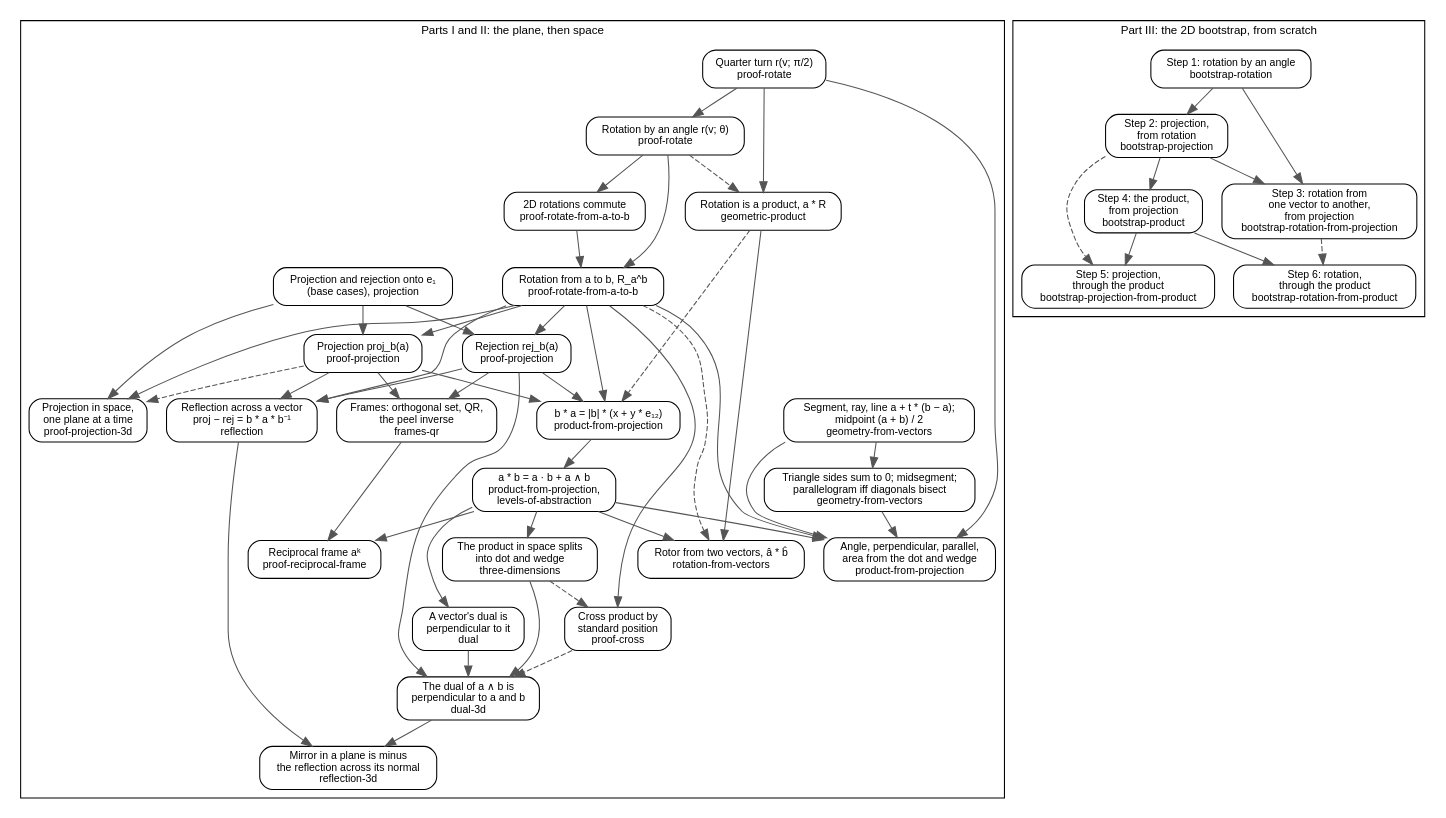
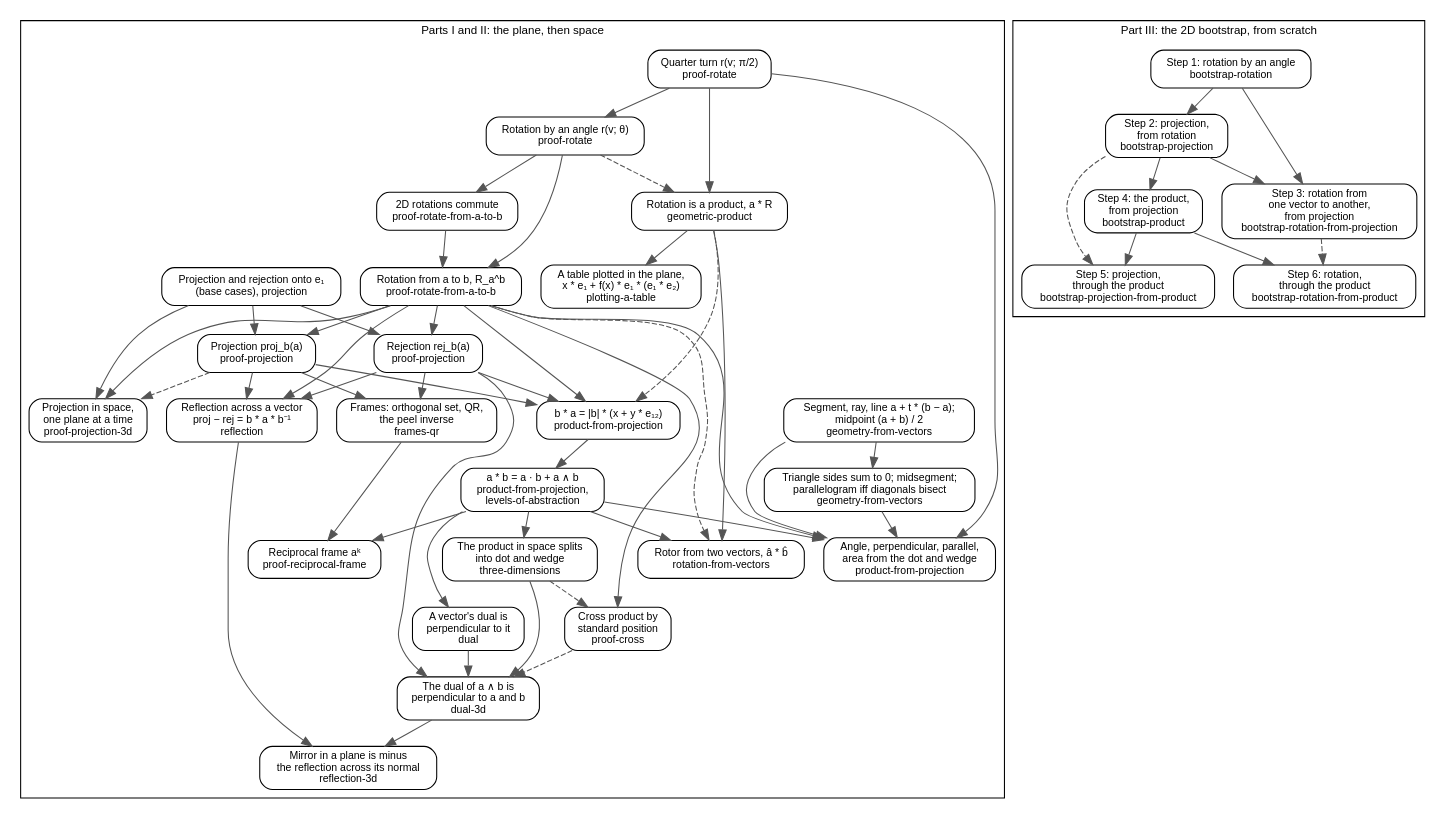
The diagram in book/docs/proof-dependencies.dot (billsix/geometricalgebra), drawn with Graphviz before and after one commit. The commit also changed 10 other files, not shown here.

```diff
--- a/book/docs/proof-dependencies.dot
+++ b/book/docs/proof-dependencies.dot
@@ -1,101 +1,103 @@
 // Which results the book builds on which, one node per named result.
 // A solid arrow X -> Y: Y's construction uses X. A dashed arrow X -> Y: Y is checked
 // against X, but not built from it. The second line of each node is the page that
 // proves it. Kept by hand; the rules it encodes are in
 // tasks/reference/teaching-order-and-dependencies.md, which says how to update it.
 digraph proof_dependencies {
     graph [rankdir=TB, fontname="Helvetica", fontsize=11, nodesep=0.25, ranksep=0.35];
     node [shape=box, style="rounded", fontname="Helvetica", fontsize=10];
     edge [color="#555555"];
 
     subgraph cluster_part_1_2 {
         label="Parts I and II: the plane, then space";
         segment [label="Segment, ray, line a + t * (b − a);\nmidpoint (a + b) / 2\ngeometry-from-vectors"];
         polygon [label="Triangle sides sum to 0; midsegment;\nparallelogram iff diagonals bisect\ngeometry-from-vectors"];
         quarter [label="Quarter turn r(v; π/2)\nproof-rotate"];
         rotation_by_angle [label="Rotation by an angle r(v; θ)\nproof-rotate"];
         commute [label="2D rotations commute\nproof-rotate-from-a-to-b"];
         rotation_from_to [label="Rotation from a to b, R_a^b\nproof-rotate-from-a-to-b"];
         base_projection [label="Projection and rejection onto e₁\n(base cases), projection"];
         projection [label="Projection proj_b(a)\nproof-projection"];
         rejection [label="Rejection rej_b(a)\nproof-projection"];
         rotation_as_product [label="Rotation is a product, a * R\ngeometric-product"];
+        plotted_table [label="A table plotted in the plane,\nx * e₁ + f(x) * e₁ * (e₁ * e₂)\nplotting-a-table"];
         product_from_projection [label="b * a = |b| * (x + y * e₁₂)\nproduct-from-projection"];
         dot_and_wedge [label="a * b = a · b + a ∧ b\nproduct-from-projection,\nlevels-of-abstraction"];
         rotor_from_vectors [label="Rotor from two vectors, â * b̂\nrotation-from-vectors"];
         product_in_space [label="The product in space splits\ninto dot and wedge\nthree-dimensions"];
         projection_in_space [label="Projection in space,\none plane at a time\nproof-projection-3d"];
         cross [label="Cross product by\nstandard position\nproof-cross"];
         frames [label="Frames: orthogonal set, QR,\nthe peel inverse\nframes-qr"];
         reciprocal_frame [label="Reciprocal frame aᵏ\nproof-reciprocal-frame"];
         dual_perp [label="A vector's dual is\nperpendicular to it\ndual"];
         reflection [label="Reflection across a vector\nproj − rej = b * a * b⁻¹\nreflection"];
         reflection_plane [label="Mirror in a plane is minus\nthe reflection across its normal\nreflection-3d"];
         dual_of_plane [label="The dual of a ∧ b is\nperpendicular to a and b\ndual-3d"];
         angle_area [label="Angle, perpendicular, parallel,\narea from the dot and wedge\nproduct-from-projection"];
 
         segment -> polygon;
         quarter -> rotation_by_angle;
         rotation_by_angle -> commute;
         rotation_by_angle -> rotation_from_to;
         commute -> rotation_from_to;
         rotation_from_to -> projection;
         rotation_from_to -> rejection;
         base_projection -> projection;
         base_projection -> rejection;
         quarter -> rotation_as_product;
+        rotation_as_product -> plotted_table;
         rotation_by_angle -> rotation_as_product [style=dashed];
         rotation_from_to -> product_from_projection;
         projection -> product_from_projection;
         rejection -> product_from_projection;
         rotation_as_product -> product_from_projection [style=dashed];
         product_from_projection -> dot_and_wedge;
         dot_and_wedge -> rotor_from_vectors;
         rotation_as_product -> rotor_from_vectors;
         rotation_from_to -> rotor_from_vectors [style=dashed];
         dot_and_wedge -> product_in_space;
         rotation_from_to -> projection_in_space;
         base_projection -> projection_in_space;
         projection -> projection_in_space [style=dashed];
         rotation_from_to -> cross;
         product_in_space -> cross [style=dashed];
         projection -> frames;
         rejection -> frames;
         frames -> reciprocal_frame;
         dot_and_wedge -> reciprocal_frame;
         dot_and_wedge -> dual_perp;
         product_in_space -> dual_of_plane;
         rejection -> dual_of_plane;
         dual_perp -> dual_of_plane;
         cross -> dual_of_plane [style=dashed];
         rotation_from_to -> reflection;
         projection -> reflection;
         rejection -> reflection;
         reflection -> reflection_plane;
         dual_of_plane -> reflection_plane;
         segment -> angle_area;
         polygon -> angle_area;
         quarter -> angle_area;
         rotation_from_to -> angle_area;
         dot_and_wedge -> angle_area;
     }
 
     subgraph cluster_part_3 {
         label="Part III: the 2D bootstrap, from scratch";
         step_1 [label="Step 1: rotation by an angle\nbootstrap-rotation"];
         step_2 [label="Step 2: projection,\nfrom rotation\nbootstrap-projection"];
         step_3 [label="Step 3: rotation from\none vector to another,\nfrom projection\nbootstrap-rotation-from-projection"];
         step_4 [label="Step 4: the product,\nfrom projection\nbootstrap-product"];
         step_5 [label="Step 5: projection,\nthrough the product\nbootstrap-projection-from-product"];
         step_6 [label="Step 6: rotation,\nthrough the product\nbootstrap-rotation-from-product"];
 
         step_1 -> step_2;
         step_1 -> step_3;
         step_2 -> step_3;
         step_2 -> step_4;
         step_4 -> step_5;
         step_2 -> step_5 [style=dashed];
         step_4 -> step_6;
         step_3 -> step_6 [style=dashed];
     }
 }
```
